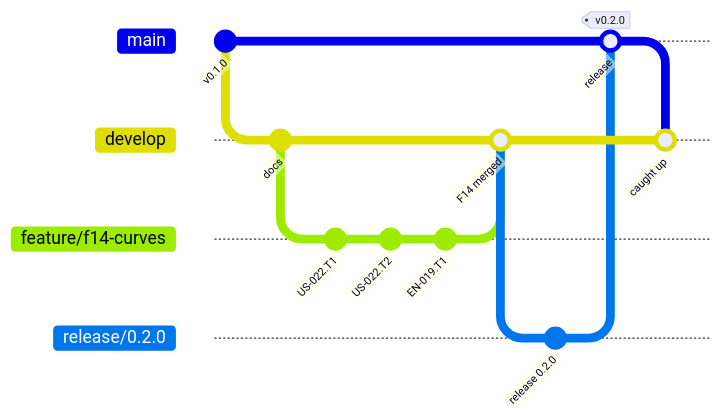
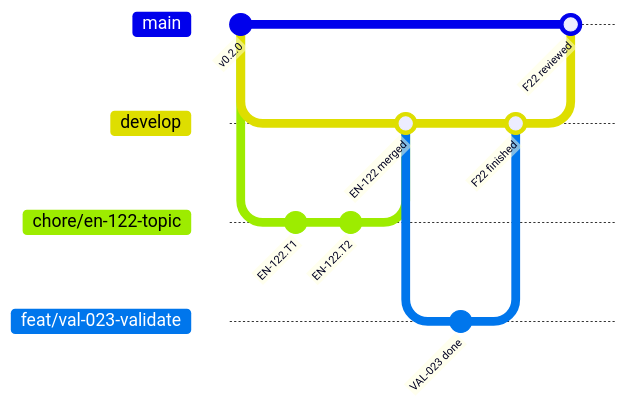
Before and after one commit to AlexandreGallais/synoptic-studio: the diagram in docs/tooling/git-workflow.md, drawn with Mermaid. The commit also changed other lines of this file and 13 other files, not shown here.

````diff
--- a/docs/tooling/git-workflow.md
+++ b/docs/tooling/git-workflow.md
@@ -21,21 +19,19 @@
 ```mermaid
 gitGraph
-  commit id: "v0.1.0"
+  commit id: "v0.2.0"
   branch develop
   checkout develop
-  commit id: "docs"
-  branch feature/f14-curves
-  checkout feature/f14-curves
-  commit id: "US-022.T1"
-  commit id: "US-022.T2"
-  commit id: "EN-019.T1"
+  branch chore/en-122-topic
+  checkout chore/en-122-topic
+  commit id: "EN-122.T1"
+  commit id: "EN-122.T2"
   checkout develop
-  merge feature/f14-curves id: "F14 merged"
-  branch release/0.2.0
-  checkout release/0.2.0
-  commit id: "release 0.2.0"
+  merge chore/en-122-topic id: "EN-122 merged"
+  branch feat/val-023-validate
+  checkout feat/val-023-validate
+  commit id: "VAL-023 done"
+  checkout develop
+  merge feat/val-023-validate id: "F22 finished"
   checkout main
-  merge release/0.2.0 id: "release" tag: "v0.2.0"
-  checkout develop
-  merge main id: "caught up"
+  merge develop id: "F22 reviewed"
 ```
````
